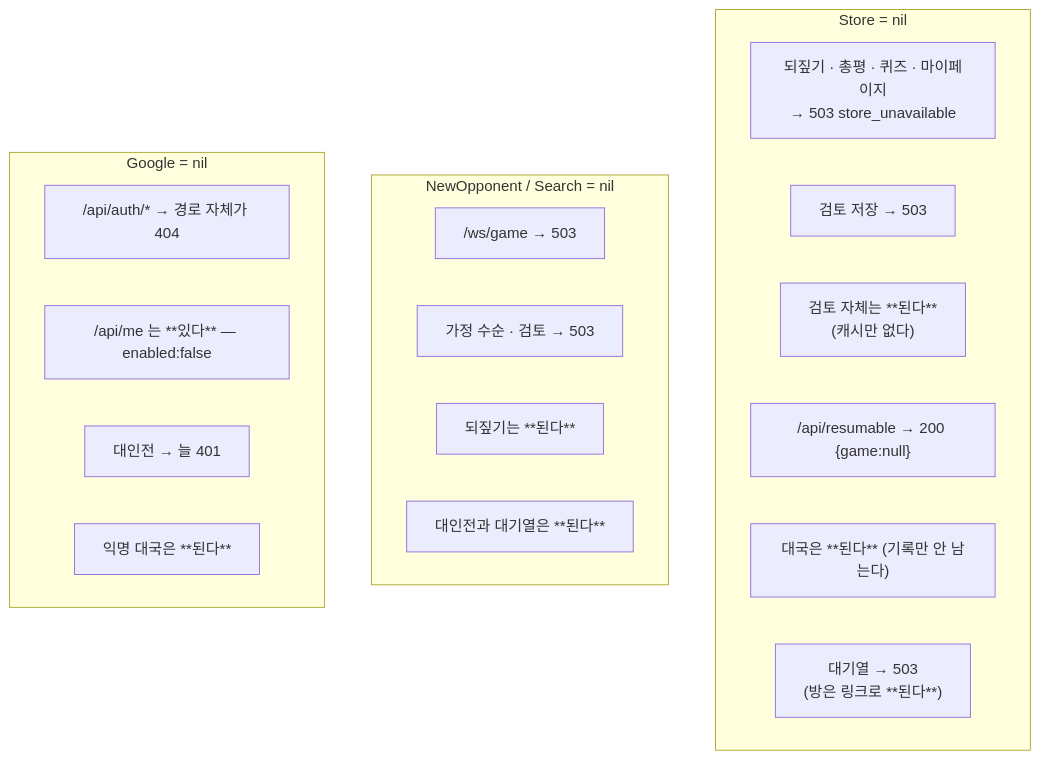
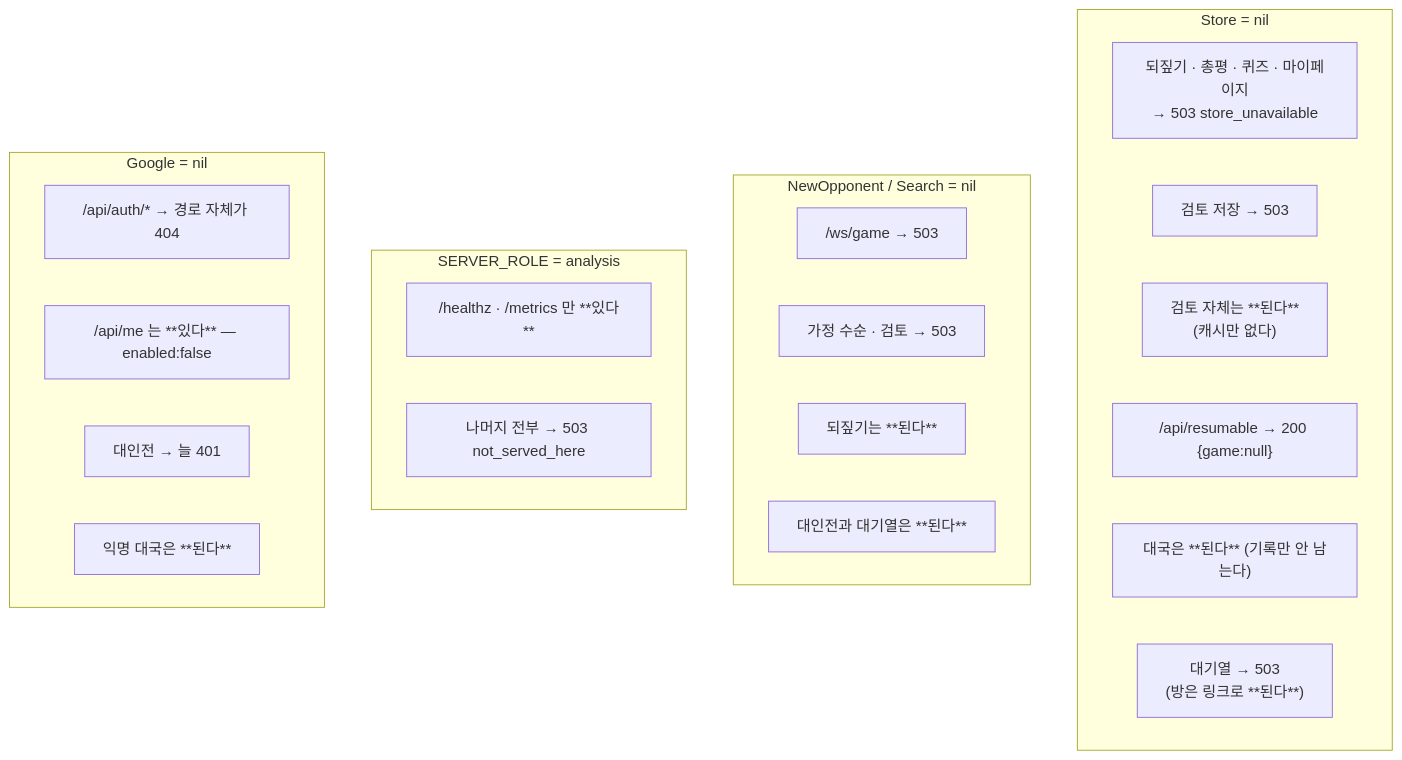
Before and after one commit to jovid18/show-gi: the eighth of 8 diagrams in docs/spec/architecture.md, drawn with Mermaid. The commit also changed other lines of this file and 16 other files, not shown here.

First line of the commit message:
feat: split the analysis tier off behind ROLE (#135)

````diff
--- a/docs/spec/architecture.md
+++ b/docs/spec/architecture.md
@@ -344,26 +344,31 @@
 ```mermaid
 flowchart TB
     subgraph nostore["Store = nil"]
         direction LR
         N1["되짚기 · 총평 · 퀴즈 · 마이페이지<br/>→ 503 store_unavailable"]
         N2["검토 저장 → 503"]
         N5["검토 자체는 **된다**<br/>(캐시만 없다)"]
         N3["/api/resumable → 200 {game:null}"]
         N4["대국은 **된다** (기록만 안 남는다)"]
         N6["대기열 → 503<br/>(방은 링크로 **된다**)"]
     end
     subgraph noengine["NewOpponent / Search = nil"]
         direction LR
         M1["/ws/game → 503"]
         M2["가정 수순 · 검토 → 503"]
         M3["되짚기는 **된다**"]
         M4["대인전과 대기열은 **된다**"]
     end
+    subgraph analysis["SERVER_ROLE = analysis"]
+        direction LR
+        R1["/healthz · /metrics 만 **있다**"]
+        R2["나머지 전부 → 503 not_served_here"]
+    end
     subgraph noauth["Google = nil"]
         direction LR
         A1["/api/auth/* → 경로 자체가 404"]
         A2["/api/me 는 **있다** — enabled:false"]
         A3["대인전 → 늘 401"]
         A4["익명 대국은 **된다**"]
     end
 ```
````
